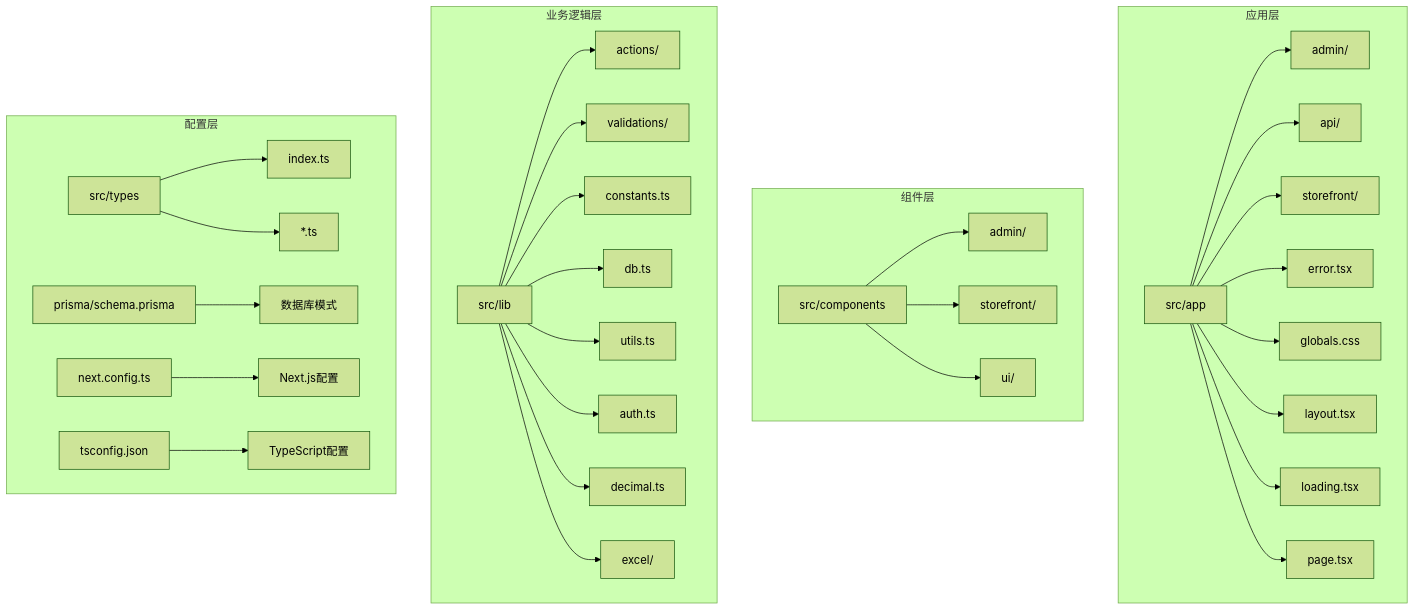
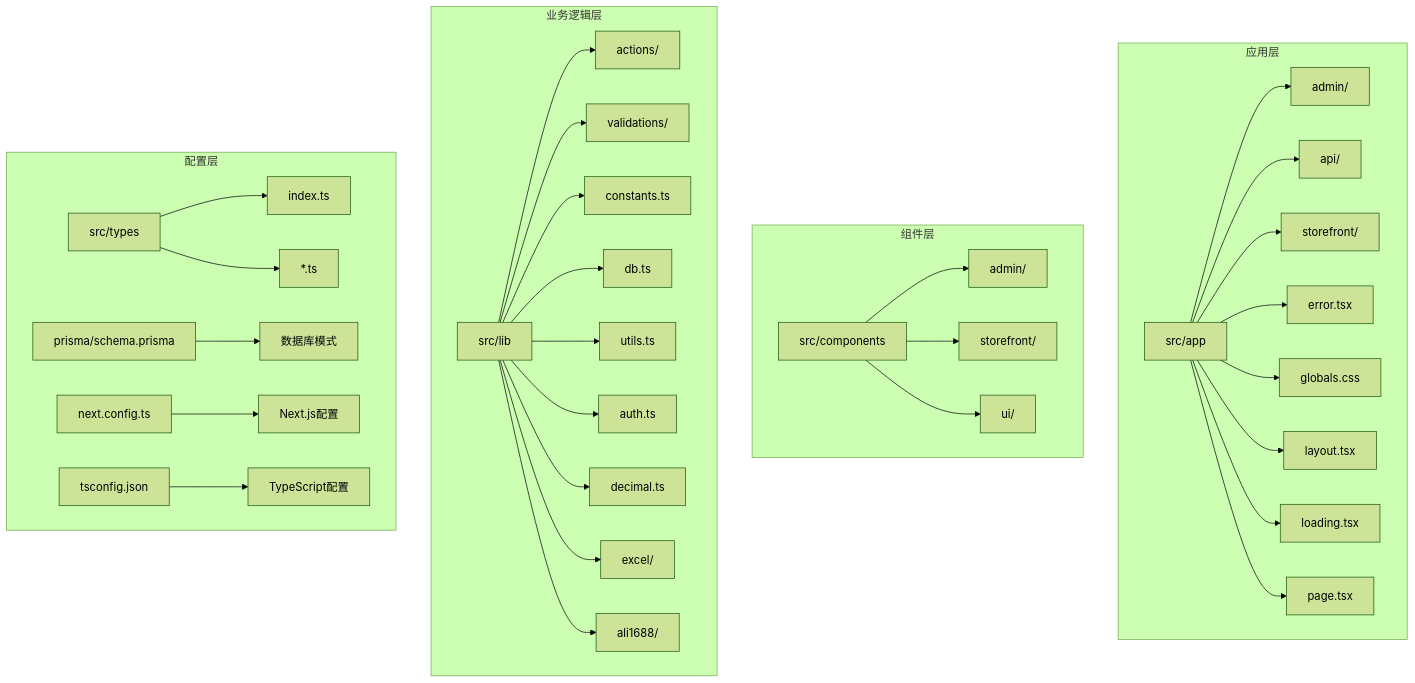
Before and after one commit to three3638-arch/celestia_2b: the first of 12 diagrams in .qoder/repowiki/zh/content/管理后台系统/管理后台系统.md, drawn with Mermaid (forest theme). The commit also changed other lines of this file and 8 other files, not shown here.

````diff
--- a/.qoder/repowiki/zh/content/管理后台系统/管理后台系统.md
+++ b/.qoder/repowiki/zh/content/管理后台系统/管理后台系统.md
@@ -68,35 +77,36 @@
 ```mermaid
 graph TB
 subgraph "应用层"
 A[src/app] --> A1[admin/]
 A --> A2[api/]
 A --> A3[storefront/]
 A --> A4[error.tsx]
 A --> A5[globals.css]
 A --> A6[layout.tsx]
 A --> A7[loading.tsx]
 A --> A8[page.tsx]
 end
 subgraph "组件层"
 B[src/components] --> B1[admin/]
 B --> B2[storefront/]
 B --> B3[ui/]
 end
 subgraph "业务逻辑层"
 C[src/lib] --> C1[actions/]
 C --> C2[validations/]
 C --> C3[constants.ts]
 C --> C4[db.ts]
 C --> C5[utils.ts]
 C --> C6[auth.ts]
 C --> C7[decimal.ts]
 C --> C8[excel/]
+C --> C9[ali1688/]
 end
 subgraph "配置层"
 D[src/types] --> D1[index.ts]
 D --> D2[*.ts]
 E[prisma/schema.prisma] --> E1[数据库模式]
 F[next.config.ts] --> F1[Next.js配置]
 G[tsconfig.json] --> G1[TypeScript配置]
 end
 ```
````
